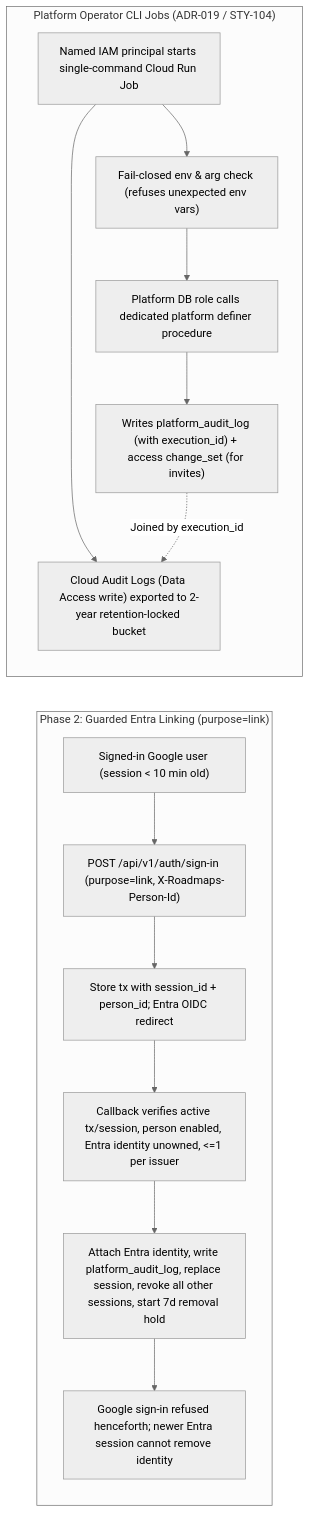
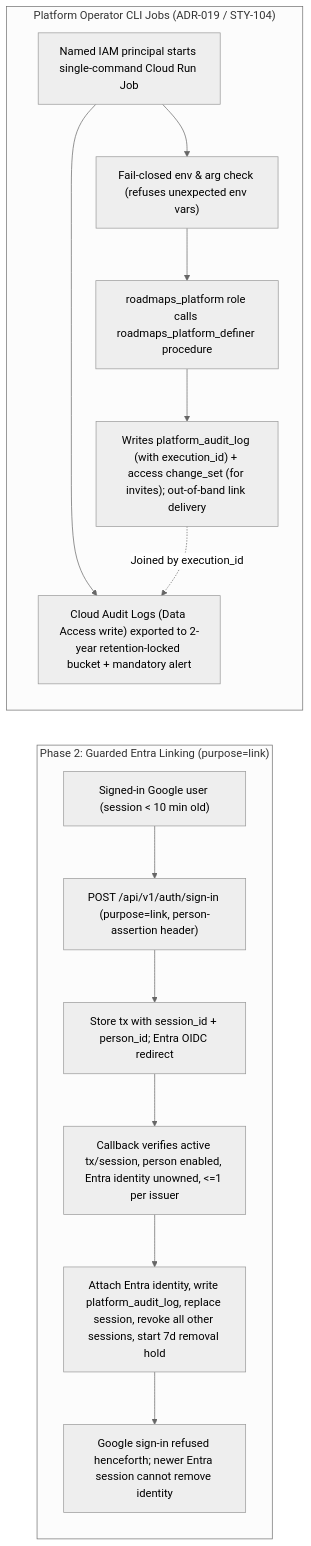
One commit to DHCW-Digital-Health-and-Care-Wales/roadmaps changed the fourth of 4 diagrams in docs/analysis/identity-threat-model.md. Above: the diagram before and after it, drawn with Mermaid (neutral theme). The commit also changed other lines of this file and 9 other files, not shown here.

````diff
--- a/docs/analysis/identity-threat-model.md
+++ b/docs/analysis/identity-threat-model.md
@@ -323,18 +343,18 @@
 ```mermaid
 flowchart LR
   subgraph Link["Phase 2: Guarded Entra Linking (purpose=link)"]
-    L1["Signed-in Google user (session < 10 min old)"] --> L2["POST /api/v1/auth/sign-in (purpose=link, X-Roadmaps-Person-Id)"]
+    L1["Signed-in Google user (session < 10 min old)"] --> L2["POST /api/v1/auth/sign-in (purpose=link, person-assertion header)"]
     L2 --> L3["Store tx with session_id + person_id; Entra OIDC redirect"]
     L3 --> L4["Callback verifies active tx/session, person enabled, Entra identity unowned, <=1 per issuer"]
     L4 --> L5["Attach Entra identity, write platform_audit_log, replace session, revoke all other sessions, start 7d removal hold"]
     L5 --> L6["Google sign-in refused henceforth; newer Entra session cannot remove identity"]
   end
 
   subgraph Ops["Platform Operator CLI Jobs (ADR-019 / STY-104)"]
     O1["Named IAM principal starts single-command Cloud Run Job"] --> O2["Fail-closed env & arg check (refuses unexpected env vars)"]
-    O2 --> O3["Platform DB role calls dedicated platform definer procedure"]
-    O3 --> O4["Writes platform_audit_log (with execution_id) + access change_set (for invites)"]
-    O1 --> O5["Cloud Audit Logs (Data Access write) exported to 2-year retention-locked bucket"]
+    O2 --> O3["roadmaps_platform role calls roadmaps_platform_definer procedure"]
+    O3 --> O4["Writes platform_audit_log (with execution_id) + access change_set (for invites); out-of-band link delivery"]
+    O1 --> O5["Cloud Audit Logs (Data Access write) exported to 2-year retention-locked bucket + mandatory alert"]
     O4 -. "Joined by execution_id" .-> O5
   end
 ```
````
